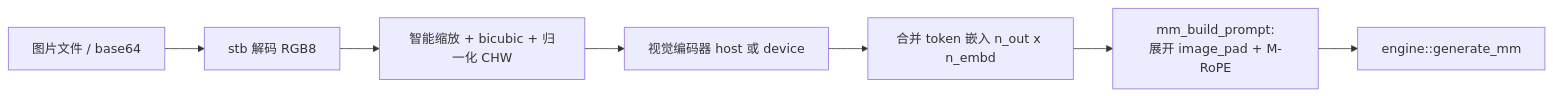
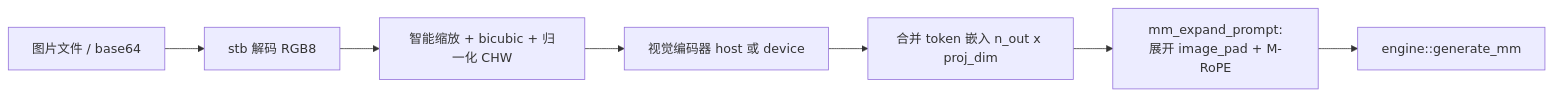
The diagram in docs/design/10-multimodal.md (notsyncing/sycl-infer), drawn with Mermaid before and after one commit. The commit also changed other lines of this file and 14 other files, not shown here.

````diff
--- a/docs/design/10-multimodal.md
+++ b/docs/design/10-multimodal.md
@@ -12,9 +12,9 @@
 ```mermaid
 flowchart LR
     IMG[图片文件 / base64] --> DEC[stb 解码 RGB8]
     DEC --> PRE[智能缩放 + bicubic + 归一化 CHW]
     PRE --> VIT[视觉编码器 host 或 device]
-    VIT --> MERGE[合并 token 嵌入 n_out x n_embd]
-    MERGE --> PROMPT[mm_build_prompt:<br/>展开 image_pad + M-RoPE]
+    VIT --> MERGE[合并 token 嵌入 n_out x proj_dim]
+    MERGE --> PROMPT[mm_expand_prompt:<br/>展开 image_pad + M-RoPE]
     PROMPT --> ENG[engine::generate_mm]
 ```
````
